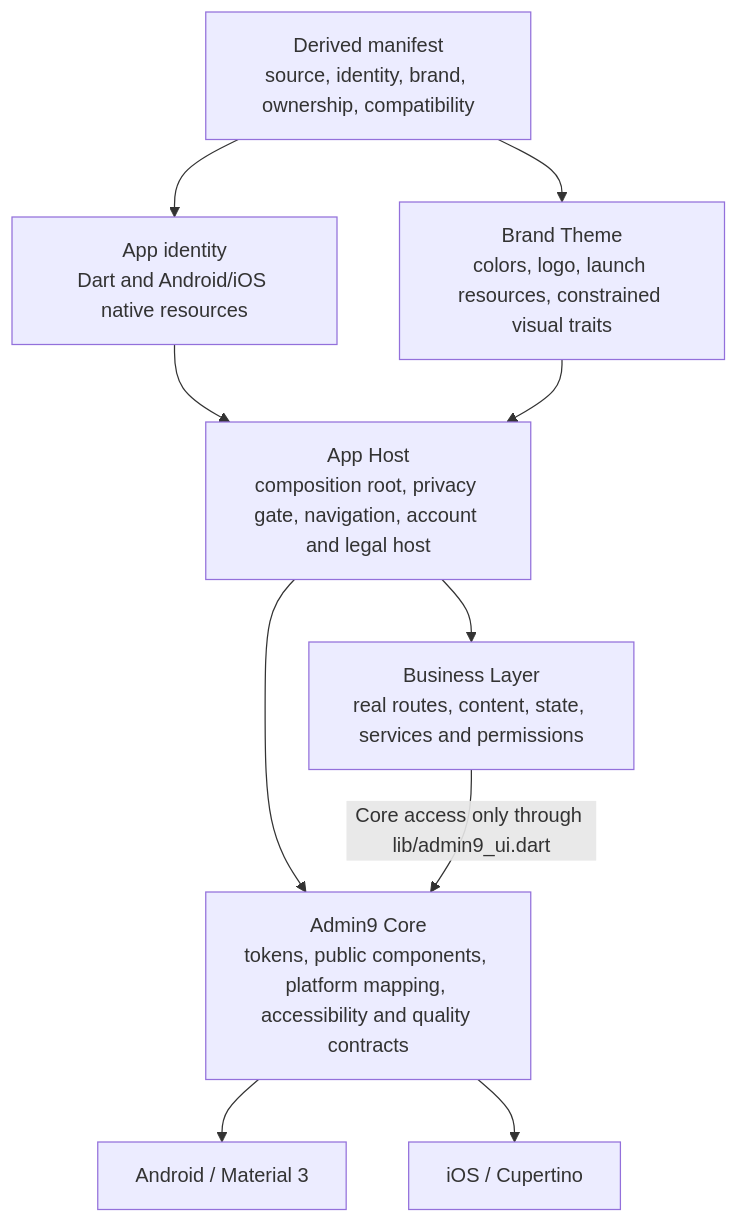
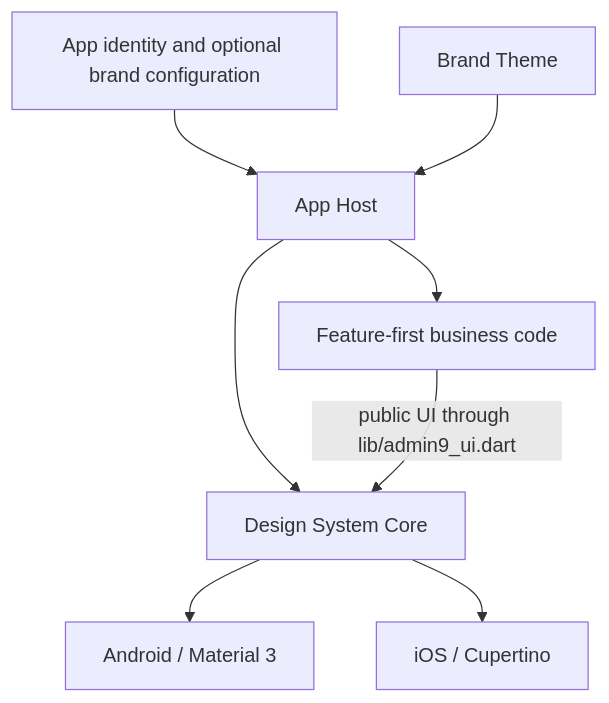
One commit to admin9-labs/admin9-app-flutter changed the diagram in README.md. Above: the diagram before and after it, drawn with Mermaid. The commit also changed other lines of this file and 113 other files, not shown here.

Commit message:
refactor!: reposition project as Admin9 App Starter

````diff
--- a/README.md
+++ b/README.md
@@ -40,12 +32,10 @@
 ```mermaid
 flowchart TB
-    M["Derived manifest<br/>source, identity, brand, ownership, compatibility"] --> I["App identity<br/>Dart and Android/iOS native resources"]
-    M --> B["Brand Theme<br/>colors, logo, launch resources, constrained visual traits"]
-    I --> H["App Host<br/>composition root, privacy gate, navigation, account and legal host"]
-    B --> H
-    H --> C["Admin9 Core<br/>tokens, public components, platform mapping, accessibility and quality contracts"]
-    H --> U["Business Layer<br/>real routes, content, state, services and permissions"]
-    U -->|"Core access only through lib/admin9_ui.dart"| C
+    I["App identity and optional brand configuration"] --> H["App Host"]
+    B["Brand Theme"] --> H
+    H --> C["Design System Core"]
+    H --> F["Feature-first business code"]
+    F -->|"public UI through lib/admin9_ui.dart"| C
     C --> A["Android / Material 3"]
     C --> P["iOS / Cupertino"]
 ```
````
